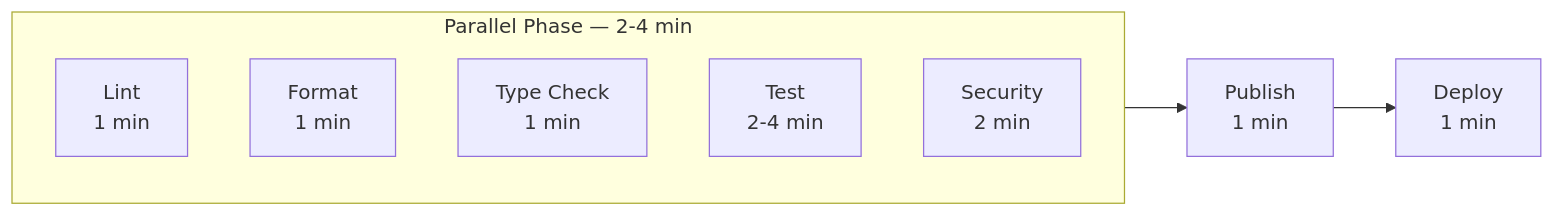
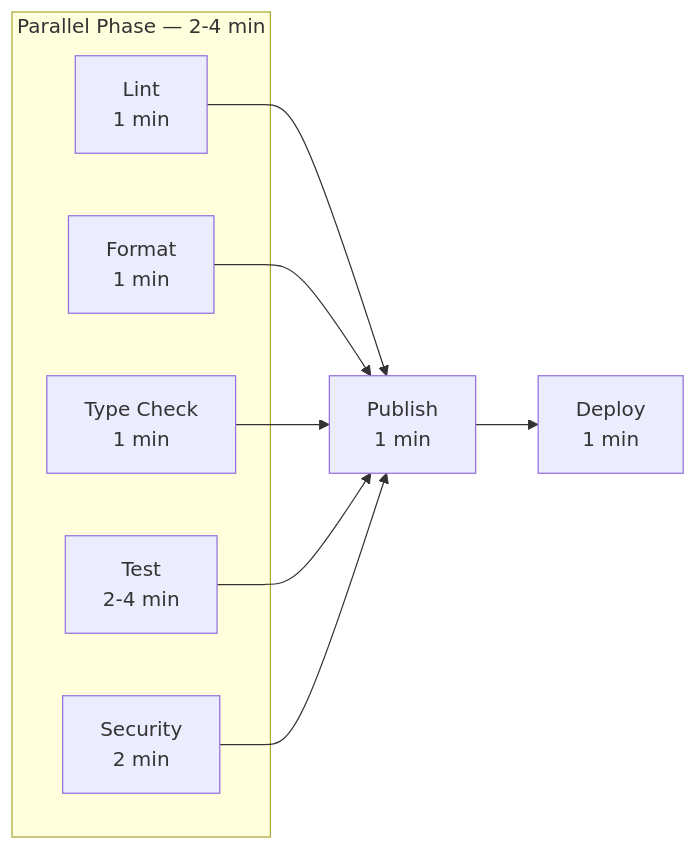
One commit to AdguardTeam/HostlistCompiler changed the second of 4 diagrams in docs/WORKFLOW_IMPROVEMENTS.md. Above: the diagram before and after it, drawn with Mermaid. The commit also changed other lines of this file and 4 other files, not shown here.

Commit message:
docs: apply Mermaid review feedback (br/, subgraph edges, interface signatures)

````diff
--- a/docs/WORKFLOW_IMPROVEMENTS.md
+++ b/docs/WORKFLOW_IMPROVEMENTS.md
@@ -131,12 +131,16 @@
 ```mermaid
 flowchart LR
     subgraph PAR["Parallel Phase — 2-4 min"]
-        L[Lint\n1 min]
-        F[Format\n1 min]
-        TC[Type Check\n1 min]
-        T[Test\n2-4 min]
-        SEC[Security\n2 min]
+        L[Lint<br/>1 min]
+        F[Format<br/>1 min]
+        TC[Type Check<br/>1 min]
+        T[Test<br/>2-4 min]
+        SEC[Security<br/>2 min]
     end
-    PAR --> PUB[Publish\n1 min]
-    PUB --> DEP[Deploy\n1 min]
+    L --> PUB[Publish<br/>1 min]
+    F --> PUB
+    TC --> PUB
+    T --> PUB
+    SEC --> PUB
+    PUB --> DEP[Deploy<br/>1 min]
 ```
````
